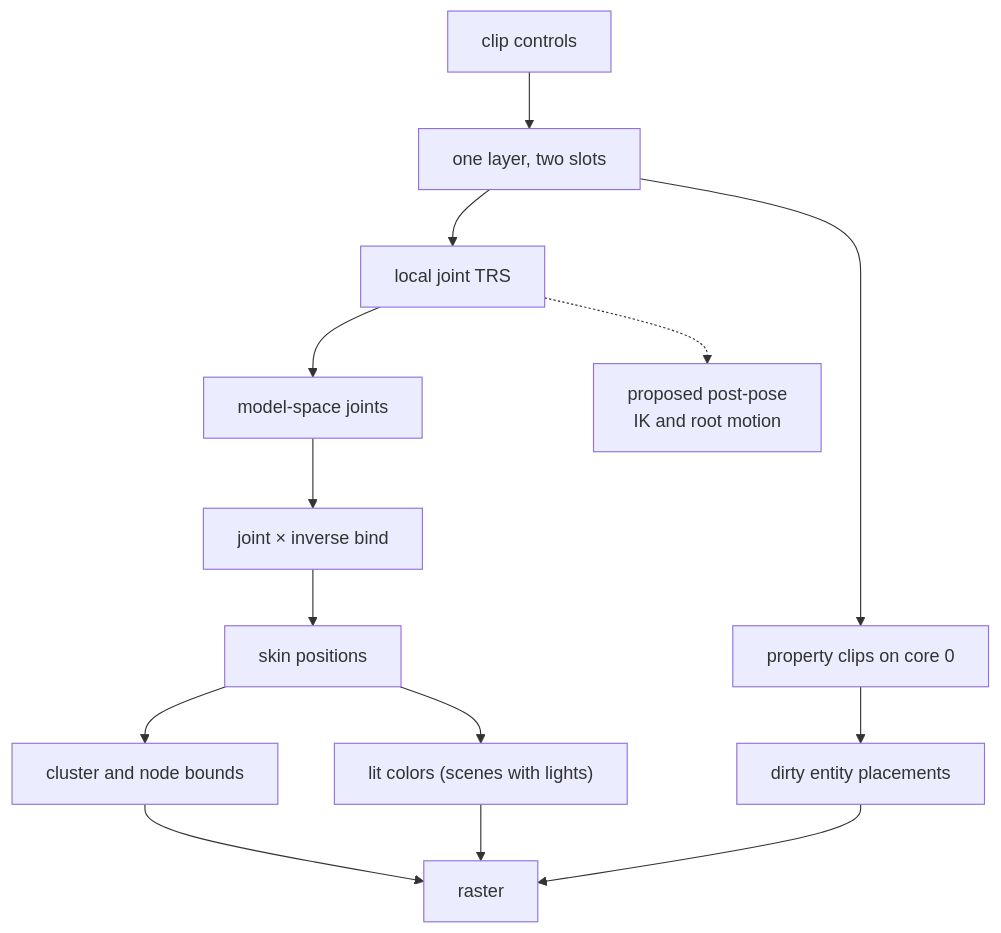
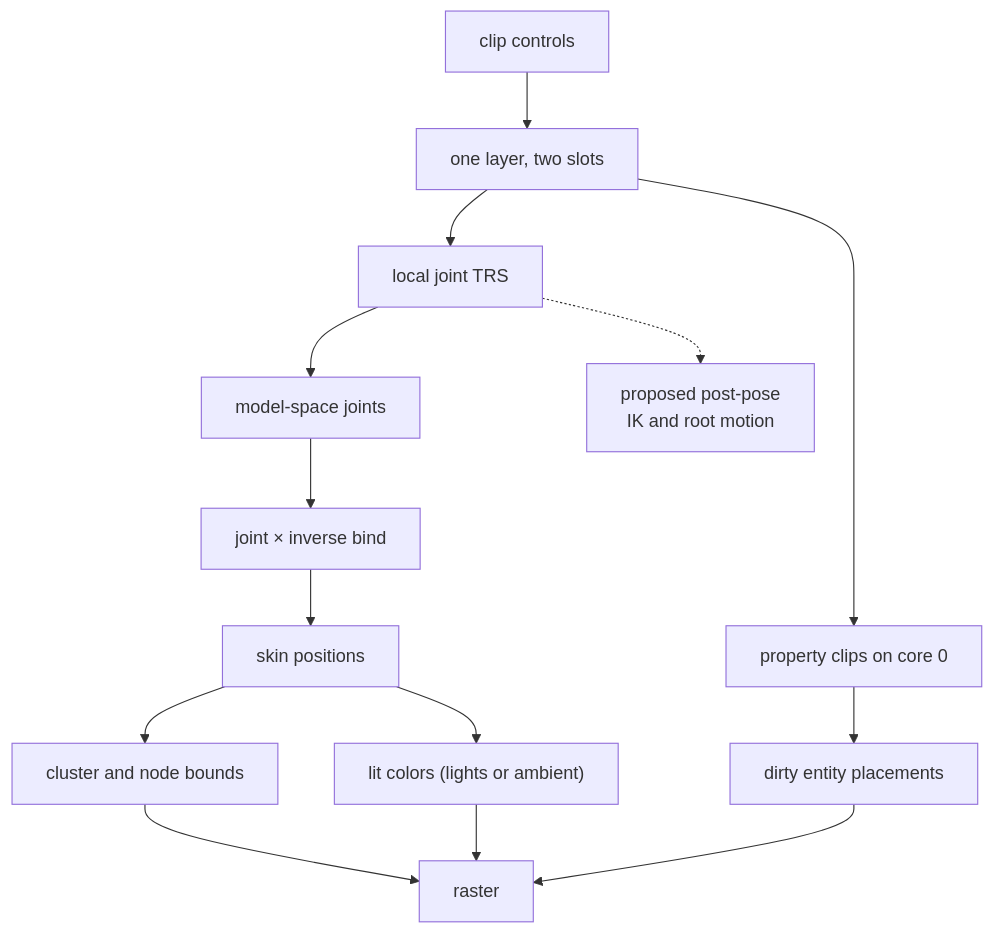
The diagram in docs/plans/Animation-System-Design-Sketch.md (jose-villegas/autana), drawn with Mermaid before and after one commit. The commit also changed other lines of this file and 36 other files, not shown here.

````diff
--- a/docs/plans/Animation-System-Design-Sketch.md
+++ b/docs/plans/Animation-System-Design-Sketch.md
@@ -19,16 +19,16 @@
 ```mermaid
 flowchart TB
     Params["clip controls"] --> Graph["one layer, two slots"]
     Graph --> Pose["local joint TRS"]
     Pose --> Model["model-space joints"]
     Model --> Palette["joint × inverse bind"]
     Palette --> Skin["skin positions"]
     Skin --> Bounds["cluster and node bounds"]
     Bounds --> Raster["raster"]
     Graph --> Property["property clips on core 0"]
     Property --> Placement["dirty entity placements"]
     Placement --> Raster
     Pose -.-> Post["proposed post-pose<br/>IK and root motion"]
-    Skin --> Light["lit colors (scenes with lights)"]
+    Skin --> Light["lit colors (lights or ambient)"]
     Light --> Raster
 ```
````
